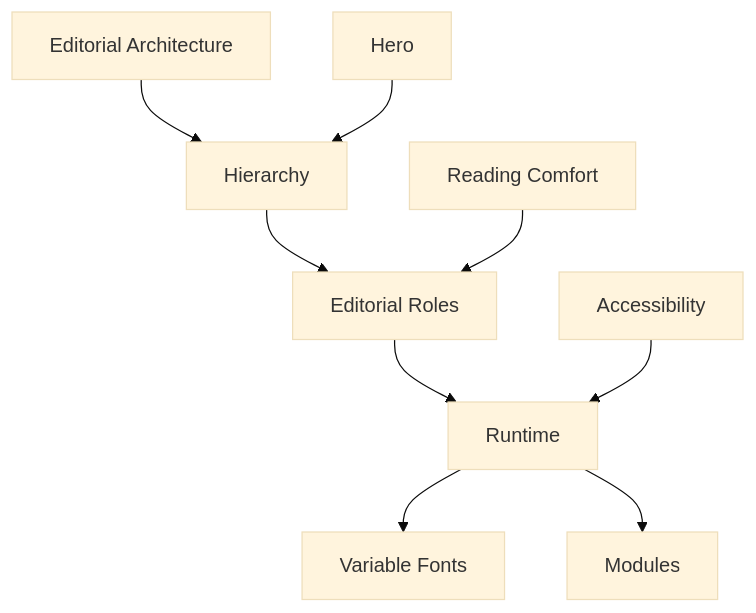
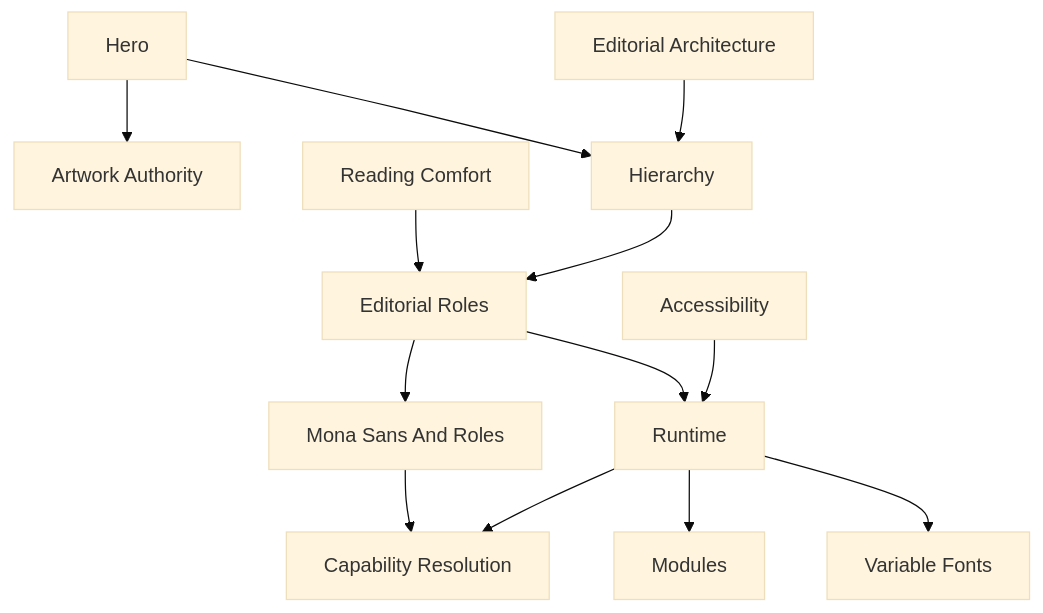
Before and after one commit to mosaic-media/mosaic-architecture: the diagram in docs/design/system/mds-004-typography-system/12-adrs.md, drawn with Mermaid (base theme). The commit also changed other lines of this file and 13 other files, not shown here.

````diff
--- a/docs/design/system/mds-004-typography-system/12-adrs.md
+++ b/docs/design/system/mds-004-typography-system/12-adrs.md
@@ -284,30 +372,40 @@
 ```mermaid
 flowchart TD
 
 ADR125["Editorial Architecture"]
 
 ADR126["Hierarchy"]
 
 ADR127["Editorial Roles"]
 
 ADR128["Runtime"]
 
 ADR129["Reading Comfort"]
 
 ADR130["Hero"]
 
 ADR131["Accessibility"]
 
 ADR132["Variable Fonts"]
 
 ADR133["Modules"]
 
+ADR134["Mona Sans And Roles"]
+
+ADR135["Artwork Authority"]
+
+ADR136["Capability Resolution"]
+
 ADR125 --> ADR126
 ADR126 --> ADR127
 ADR127 --> ADR128
 ADR128 --> ADR132
 ADR129 --> ADR127
 ADR130 --> ADR126
 ADR131 --> ADR128
 ADR128 --> ADR133
+ADR127 --> ADR134
+ADR130 --> ADR135
+ADR128 --> ADR136
+ADR134 --> ADR136
 ```
````
